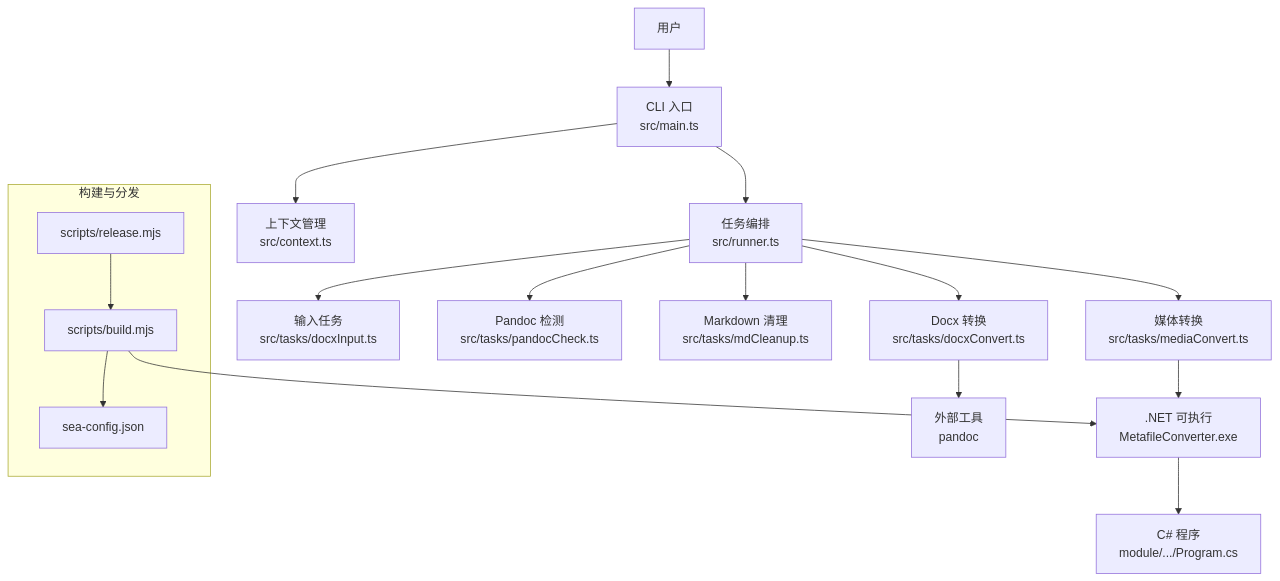
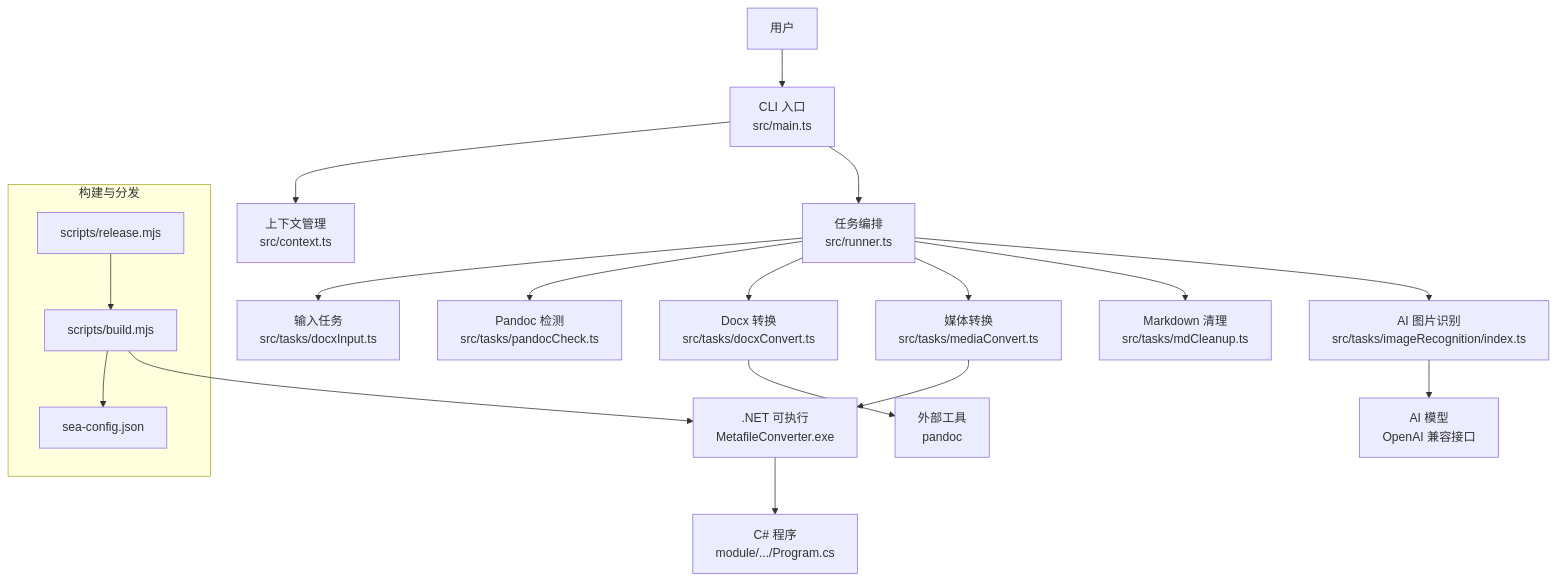
One commit to hllshiro/doc2md-cli changed the second of 11 diagrams in .qoder/repowiki/zh/content/项目概述.md. Above: the diagram before and after it, drawn with Mermaid. The commit also changed other lines of this file and 13 other files, not shown here.

````diff
--- a/.qoder/repowiki/zh/content/项目概述.md
+++ b/.qoder/repowiki/zh/content/项目概述.md
@@ -152,22 +180,24 @@
 ```mermaid
 graph TB
 A["用户"] --> B["CLI 入口<br/>src/main.ts"]
 B --> C["上下文管理<br/>src/context.ts"]
 B --> D["任务编排<br/>src/runner.ts"]
 D --> T1["输入任务<br/>src/tasks/docxInput.ts"]
 D --> T2["Pandoc 检测<br/>src/tasks/pandocCheck.ts"]
 D --> T3["Docx 转换<br/>src/tasks/docxConvert.ts"]
 D --> T4["媒体转换<br/>src/tasks/mediaConvert.ts"]
 D --> T5["Markdown 清理<br/>src/tasks/mdCleanup.ts"]
+D --> T6["AI 图片识别<br/>src/tasks/imageRecognition/index.ts"]
 T3 --> PANDOC["外部工具<br/>pandoc"]
 T4 --> EXE[".NET 可执行<br/>MetafileConverter.exe"]
+T6 --> AI["AI 模型<br/>OpenAI 兼容接口"]
 EXE --> CS["C# 程序<br/>module/.../Program.cs"]
 subgraph "构建与分发"
 BUILD["scripts/build.mjs"]
 SEA["sea-config.json"]
 RELEASE["scripts/release.mjs"]
 end
 BUILD --> SEA
 BUILD --> EXE
 RELEASE --> BUILD
 ```
````
